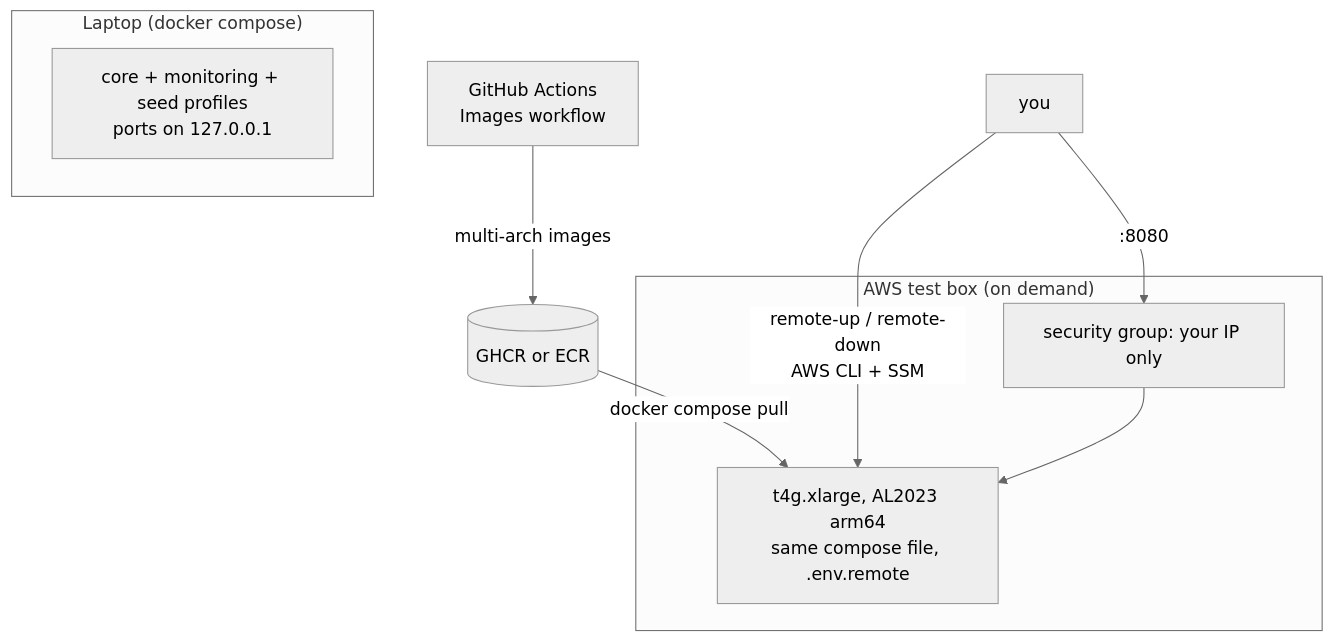
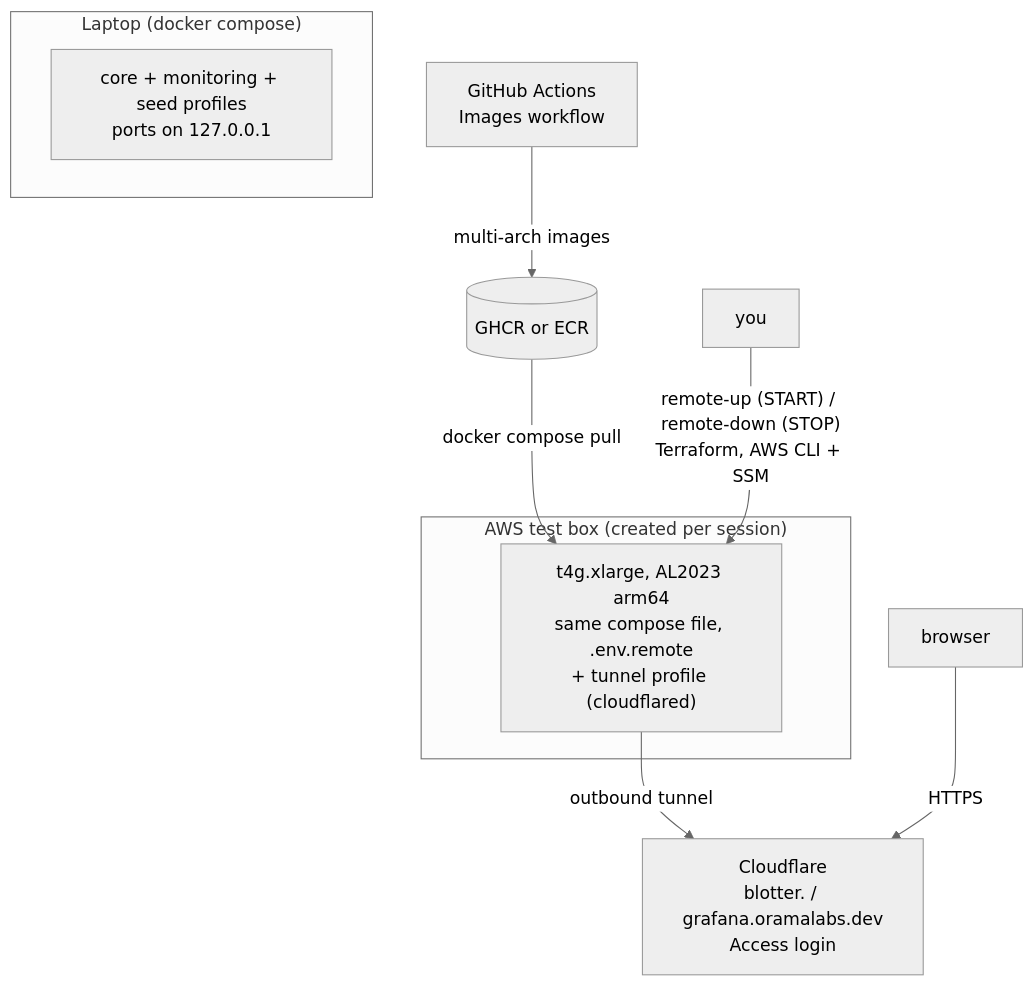
One commit to iAppGeek/apeiron changed the sixth of 6 diagrams in docs/architecture.md. Above: the diagram before and after it, drawn with Mermaid (neutral theme). The commit also changed other lines of this file and 51 other files, not shown here.

Commit message:
START/STOP the AWS box with nothing billed between sessions (#19)

````diff
--- a/docs/architecture.md
+++ b/docs/architecture.md
@@ -277,14 +552,14 @@
 ```mermaid
 flowchart TB
   subgraph local["Laptop (docker compose)"]
     L1["core + monitoring + seed profiles<br/>ports on 127.0.0.1"]
   end
-  subgraph aws["AWS test box (on demand)"]
-    EC2["t4g.xlarge, AL2023 arm64<br/>same compose file, .env.remote"]
-    SG["security group: your IP only"]
+  subgraph aws["AWS test box (created per session)"]
+    EC2["t4g.xlarge, AL2023 arm64<br/>same compose file, .env.remote<br/>+ tunnel profile (cloudflared)"]
   end
   GH["GitHub Actions<br/>Images workflow"] -->|"multi-arch images"| REG[("GHCR or ECR")]
   REG -->|"docker compose pull"| EC2
-  you["you"] -->|"remote-up / remote-down<br/>AWS CLI + SSM"| EC2
-  you -->|":8080"| SG --> EC2
+  you["you"] -->|"remote-up (START) / remote-down (STOP)<br/>Terraform, AWS CLI + SSM"| EC2
+  EC2 -->|"outbound tunnel"| CF["Cloudflare<br/>blotter. / grafana.oramalabs.dev<br/>Access login"]
+  browser["browser"] -->|"HTTPS"| CF
 ```
````
